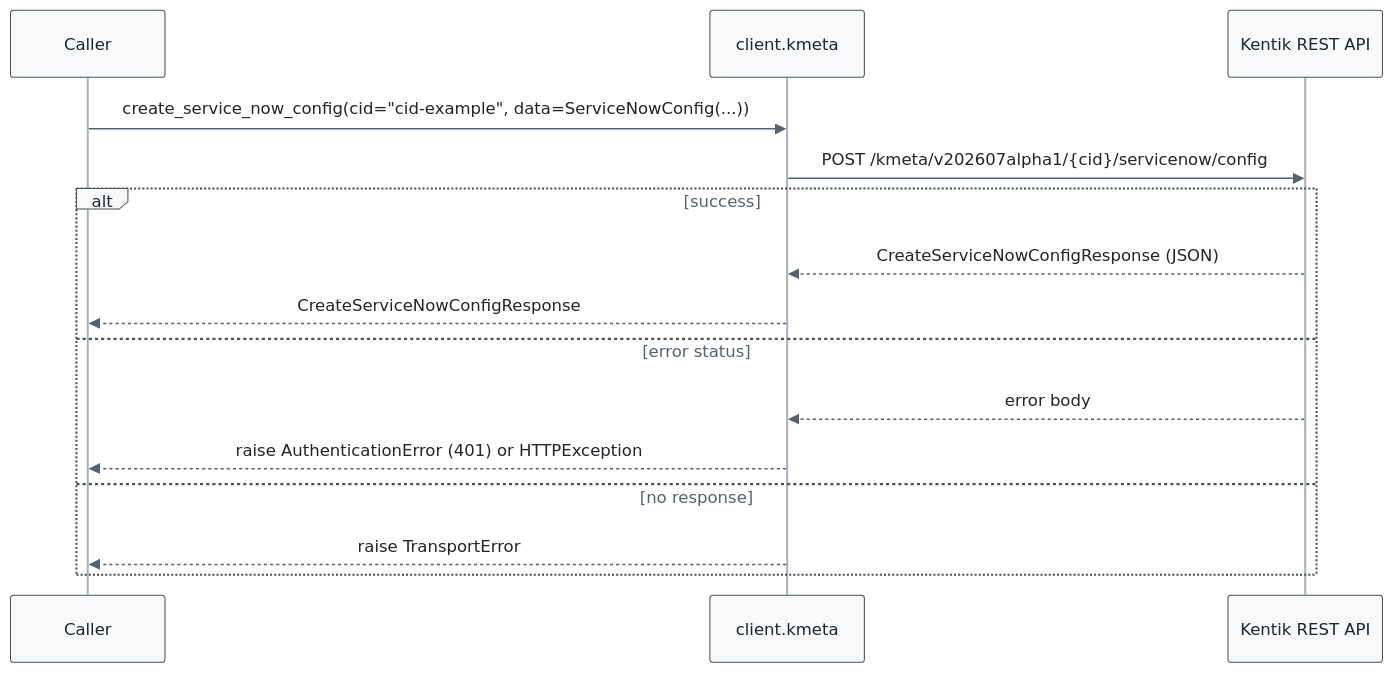
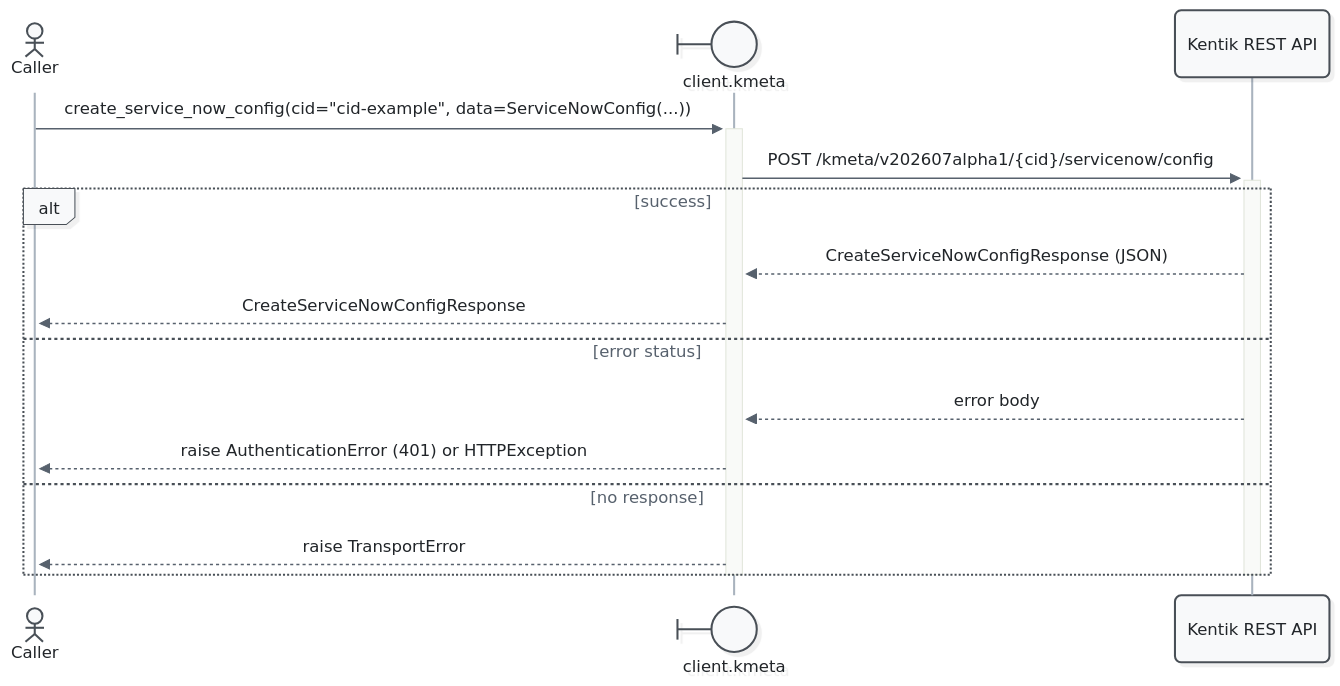
The third of 11 diagrams in docs/sphinx/services/kmeta.md (alexdearaujo/community_sdk_python), drawn with Mermaid before and after one commit. The commit also changed other lines of this file and 52 other files, not shown here.

First line of the commit message:
docs: Mermaid 12 sequence diagrams with participant types and path colors

````diff
--- a/docs/sphinx/services/kmeta.md
+++ b/docs/sphinx/services/kmeta.md
@@ -111,19 +116,21 @@
 ```mermaid
-%%{init: {"theme": "base", "fontFamily": "ui-monospace, SFMono-Regular, Menlo, monospace", "themeVariables": {"fontFamily": "ui-monospace, SFMono-Regular, Menlo, monospace", "primaryColor": "#f8f9fa", "primaryBorderColor": "#495057", "primaryTextColor": "#212529", "textColor": "#212529", "lineColor": "#77818c", "edgeLabelBackground": "#ffffff", "actorBkg": "#f8f9fa", "actorBorder": "#495057", "actorTextColor": "#212529", "actorLineColor": "#a9b3be", "signalColor": "#57616d", "signalTextColor": "#212529", "labelBoxBkgColor": "#f8f9fa", "labelBoxBorderColor": "#495057", "labelTextColor": "#212529", "loopTextColor": "#57616d", "noteBkgColor": "#fff9db", "noteBorderColor": "#f08c00", "noteTextColor": "#a35a00"}, "flowchart": {"curve": "step", "nodeSpacing": 30, "rankSpacing": 70, "wrappingWidth": 400}}}%%
+%%{init: {"theme": "redux", "look": "neo", "layout": "dagre", "fontFamily": "ui-monospace, SFMono-Regular, Menlo, monospace", "themeVariables": {"fontFamily": "ui-monospace, SFMono-Regular, Menlo, monospace", "primaryColor": "#f8f9fa", "primaryBorderColor": "#495057", "primaryTextColor": "#212529", "textColor": "#212529", "lineColor": "#77818c", "edgeLabelBackground": "#ffffff", "actorBkg": "#f8f9fa", "actorBorder": "#495057", "actorTextColor": "#212529", "actorLineColor": "#a9b3be", "signalColor": "#57616d", "signalTextColor": "#212529", "labelBoxBkgColor": "#f8f9fa", "labelBoxBorderColor": "#495057", "labelTextColor": "#212529", "loopTextColor": "#57616d", "noteBkgColor": "#fff9db", "noteBorderColor": "#f08c00", "noteTextColor": "#a35a00"}, "sequence": {"activationWidth": 16}, "flowchart": {"curve": "step", "nodeSpacing": 30, "rankSpacing": 70, "wrappingWidth": 400}}}%%
 sequenceDiagram
-    participant C as Caller
-    participant W as client.kmeta
+    actor C as Caller
+    participant W@{ "type": "boundary" } as client.kmeta
     participant API as Kentik REST API
 
-    C->>W: create_service_now_config(cid="cid-example", data=ServiceNowConfig(...))
-    W->>API: POST /kmeta/v202607alpha1/{cid}/servicenow/config
+    C->>+W: create_service_now_config(cid="cid-example", data=ServiceNowConfig(...))
+    W->>+API: POST /kmeta/v202607alpha1/{cid}/servicenow/config
     alt success
         API-->>W: CreateServiceNowConfigResponse (JSON)
         W-->>C: CreateServiceNowConfigResponse
     else error status
         API-->>W: error body
         W-->>C: raise AuthenticationError (401) or HTTPException
     else no response
         W-->>C: raise TransportError
     end
+    deactivate API
+    deactivate W
 ```
````
